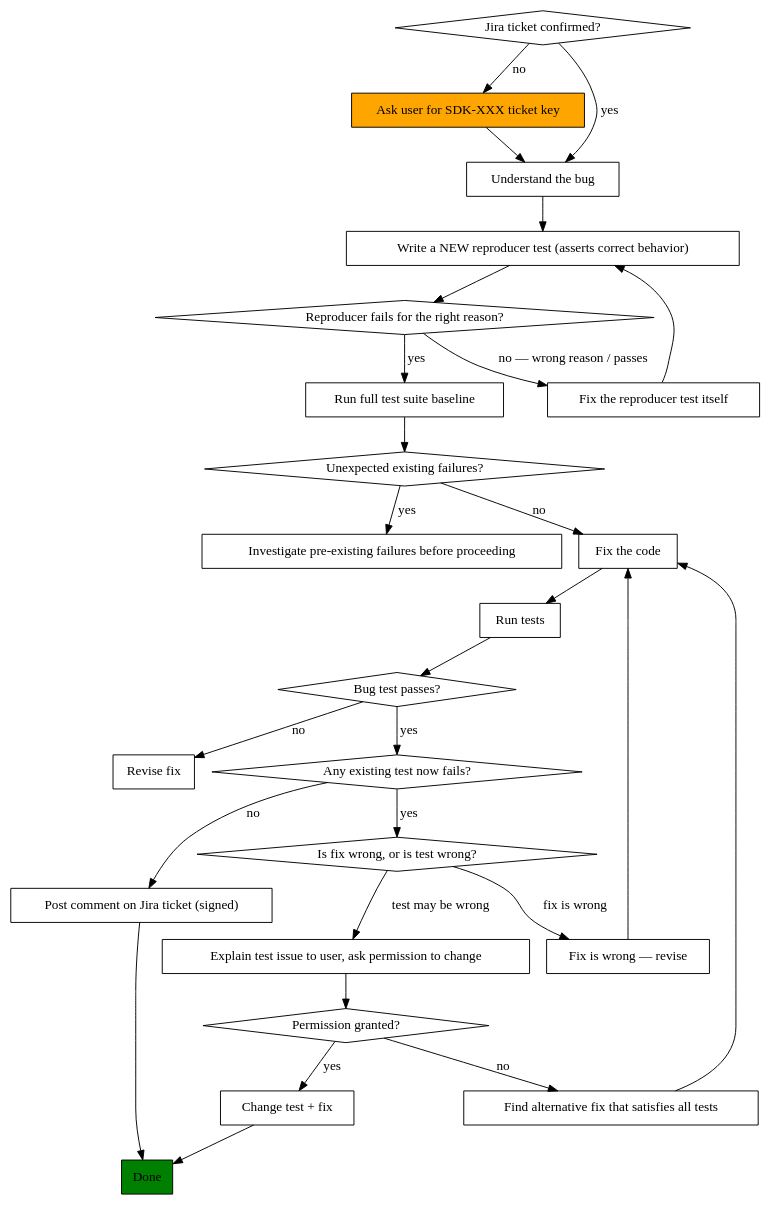
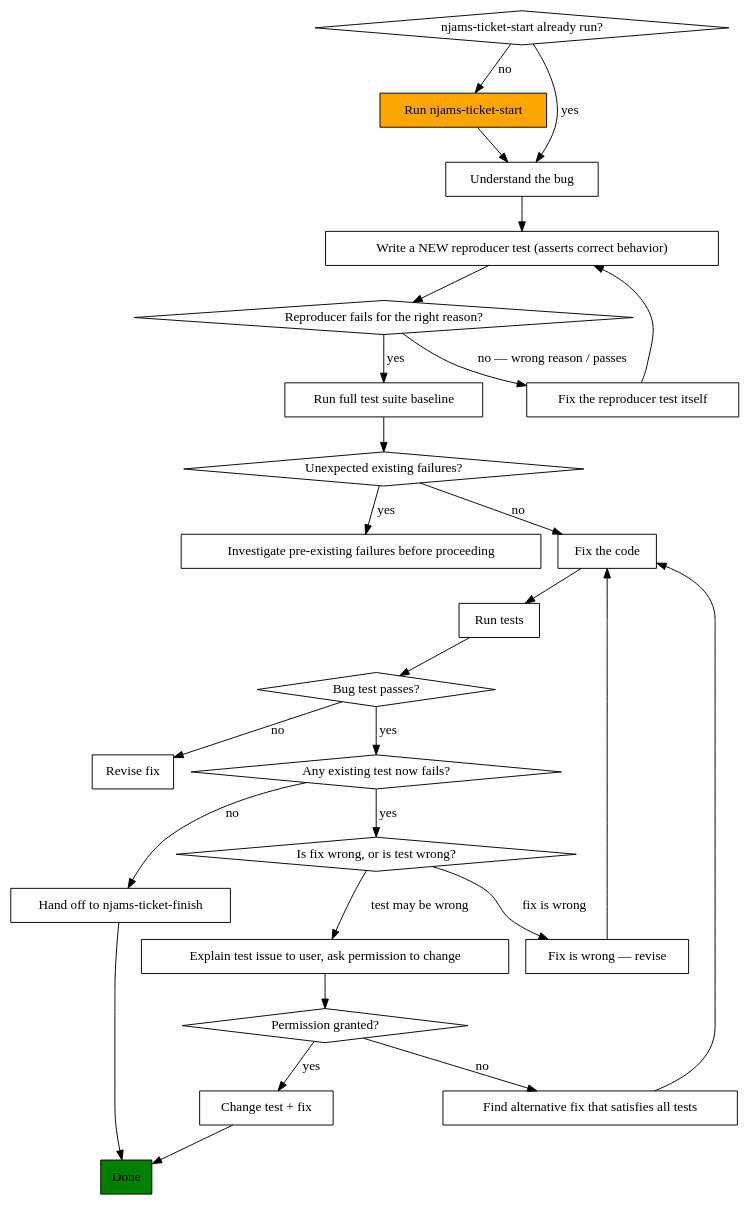
Before and after one commit to IntegrationMatters/njams-sdk: the diagram in .claude/skills/njams-bug-fix/SKILL.md, drawn with Graphviz. The commit also changed other lines of this file and 22 other files, not shown here.

````diff
--- a/.claude/skills/njams-bug-fix/SKILL.md
+++ b/.claude/skills/njams-bug-fix/SKILL.md
@@ -44,54 +37,54 @@
 ```dot
 digraph bug_fix {
     rankdir=TB;
-    "Jira ticket confirmed?" [shape=diamond];
-    "Ask user for SDK-XXX ticket key" [shape=box, style=filled, fillcolor=orange];
+    "njams-ticket-start already run?" [shape=diamond];
+    "Run njams-ticket-start" [shape=box, style=filled, fillcolor=orange];
     "Understand the bug" [shape=box];
     "Write a NEW reproducer test (asserts correct behavior)" [shape=box];
     "Reproducer fails for the right reason?" [shape=diamond];
     "Fix the reproducer test itself" [shape=box];
     "Run full test suite baseline" [shape=box];
     "Unexpected existing failures?" [shape=diamond];
     "Investigate pre-existing failures before proceeding" [shape=box];
     "Fix the code" [shape=box];
     "Run tests" [shape=box];
     "Bug test passes?" [shape=diamond];
     "Revise fix" [shape=box];
     "Any existing test now fails?" [shape=diamond];
-    "Post comment on Jira ticket (signed)" [shape=box];
+    "Hand off to njams-ticket-finish" [shape=box];
     "Done" [shape=box, style=filled, fillcolor=green];
     "Is fix wrong, or is test wrong?" [shape=diamond];
     "Fix is wrong — revise" [shape=box];
     "Explain test issue to user, ask permission to change" [shape=box];
     "Permission granted?" [shape=diamond];
     "Change test + fix" [shape=box];
     "Find alternative fix that satisfies all tests" [shape=box];
 
-    "Jira ticket confirmed?" -> "Understand the bug" [label="yes"];
-    "Jira ticket confirmed?" -> "Ask user for SDK-XXX ticket key" [label="no"];
-    "Ask user for SDK-XXX ticket key" -> "Understand the bug";
+    "njams-ticket-start already run?" -> "Understand the bug" [label="yes"];
+    "njams-ticket-start already run?" -> "Run njams-ticket-start" [label="no"];
+    "Run njams-ticket-start" -> "Understand the bug";
     "Understand the bug" -> "Write a NEW reproducer test (asserts correct behavior)";
     "Write a NEW reproducer test (asserts correct behavior)" -> "Reproducer fails for the right reason?";
     "Reproducer fails for the right reason?" -> "Fix the reproducer test itself" [label="no — wrong reason / passes"];
     "Fix the reproducer test itself" -> "Write a NEW reproducer test (asserts correct behavior)";
     "Reproducer fails for the right reason?" -> "Run full test suite baseline" [label="yes"];
     "Run full test suite baseline" -> "Unexpected existing failures?";
     "Unexpected existing failures?" -> "Investigate pre-existing failures before proceeding" [label="yes"];
     "Unexpected existing failures?" -> "Fix the code" [label="no"];
     "Fix the code" -> "Run tests";
     "Run tests" -> "Bug test passes?";
     "Bug test passes?" -> "Revise fix" [label="no"];
     "Bug test passes?" -> "Any existing test now fails?" [label="yes"];
-    "Any existing test now fails?" -> "Post comment on Jira ticket (signed)" [label="no"];
-    "Post comment on Jira ticket (signed)" -> "Done";
+    "Any existing test now fails?" -> "Hand off to njams-ticket-finish" [label="no"];
+    "Hand off to njams-ticket-finish" -> "Done";
     "Any existing test now fails?" -> "Is fix wrong, or is test wrong?" [label="yes"];
     "Is fix wrong, or is test wrong?" -> "Fix is wrong — revise" [label="fix is wrong"];
     "Fix is wrong — revise" -> "Fix the code";
     "Is fix wrong, or is test wrong?" -> "Explain test issue to user, ask permission to change" [label="test may be wrong"];
     "Explain test issue to user, ask permission to change" -> "Permission granted?";
     "Permission granted?" -> "Change test + fix" [label="yes"];
     "Permission granted?" -> "Find alternative fix that satisfies all tests" [label="no"];
     "Change test + fix" -> "Done";
     "Find alternative fix that satisfies all tests" -> "Fix the code";
 }
 ```
````
